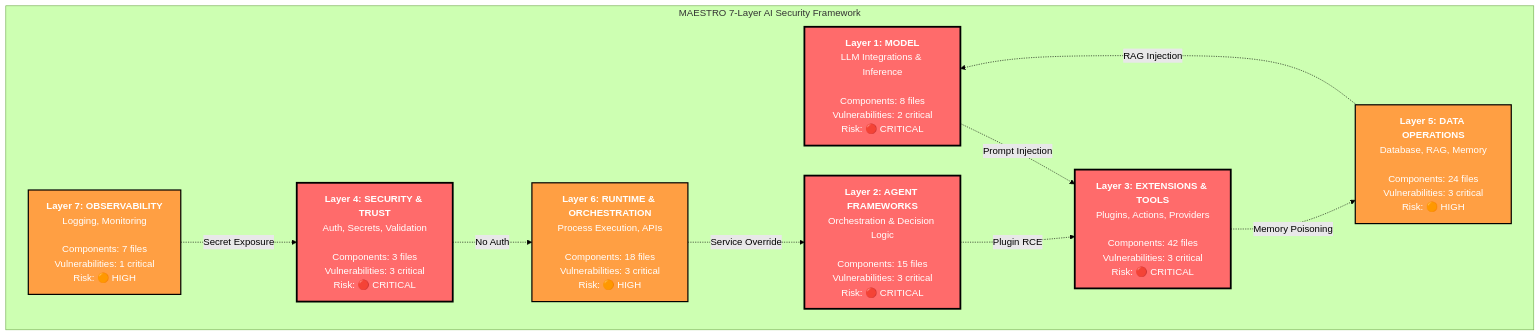
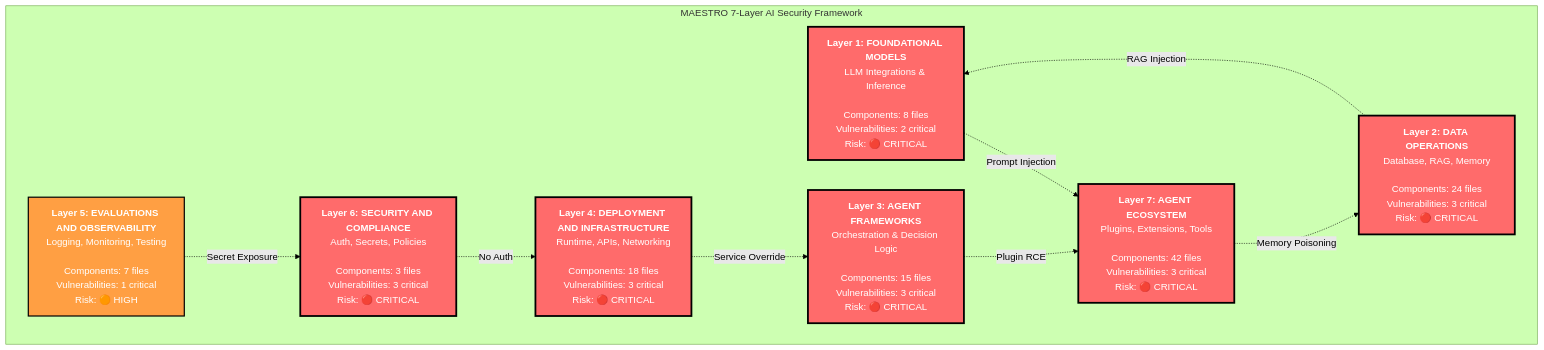
One commit to mondweep/agentic-ai-security-demo-rela8group-ciso-london-summit changed the first of 11 diagrams in presentation/assets/maestro-framework-visual.md. Above: the diagram before and after it, drawn with Mermaid (forest theme). The commit also changed other lines of this file and 16 other files, not shown here.

````diff
--- a/presentation/assets/maestro-framework-visual.md
+++ b/presentation/assets/maestro-framework-visual.md
@@ -12,28 +12,28 @@
 ```mermaid
 graph TD
     subgraph "MAESTRO 7-Layer AI Security Framework"
-        L1["<b>Layer 1: MODEL</b><br/>LLM Integrations & Inference<br/><br/>Components: 8 files<br/>Vulnerabilities: 2 critical<br/>Risk: 🔴 CRITICAL"]
-        L2["<b>Layer 2: AGENT FRAMEWORKS</b><br/>Orchestration & Decision Logic<br/><br/>Components: 15 files<br/>Vulnerabilities: 3 critical<br/>Risk: 🔴 CRITICAL"]
-        L3["<b>Layer 3: EXTENSIONS & TOOLS</b><br/>Plugins, Actions, Providers<br/><br/>Components: 42 files<br/>Vulnerabilities: 3 critical<br/>Risk: 🔴 CRITICAL"]
-        L4["<b>Layer 4: SECURITY & TRUST</b><br/>Auth, Secrets, Validation<br/><br/>Components: 3 files<br/>Vulnerabilities: 3 critical<br/>Risk: 🔴 CRITICAL"]
-        L5["<b>Layer 5: DATA OPERATIONS</b><br/>Database, RAG, Memory<br/><br/>Components: 24 files<br/>Vulnerabilities: 3 critical<br/>Risk: 🟠 HIGH"]
-        L6["<b>Layer 6: RUNTIME & ORCHESTRATION</b><br/>Process Execution, APIs<br/><br/>Components: 18 files<br/>Vulnerabilities: 3 critical<br/>Risk: 🟠 HIGH"]
-        L7["<b>Layer 7: OBSERVABILITY</b><br/>Logging, Monitoring<br/><br/>Components: 7 files<br/>Vulnerabilities: 1 critical<br/>Risk: 🟠 HIGH"]
+        L1["<b>Layer 1: FOUNDATIONAL MODELS</b><br/>LLM Integrations & Inference<br/><br/>Components: 8 files<br/>Vulnerabilities: 2 critical<br/>Risk: 🔴 CRITICAL"]
+        L2["<b>Layer 2: DATA OPERATIONS</b><br/>Database, RAG, Memory<br/><br/>Components: 24 files<br/>Vulnerabilities: 3 critical<br/>Risk: 🔴 CRITICAL"]
+        L3["<b>Layer 3: AGENT FRAMEWORKS</b><br/>Orchestration & Decision Logic<br/><br/>Components: 15 files<br/>Vulnerabilities: 3 critical<br/>Risk: 🔴 CRITICAL"]
+        L4["<b>Layer 4: DEPLOYMENT AND INFRASTRUCTURE</b><br/>Runtime, APIs, Networking<br/><br/>Components: 18 files<br/>Vulnerabilities: 3 critical<br/>Risk: 🔴 CRITICAL"]
+        L5["<b>Layer 5: EVALUATIONS AND OBSERVABILITY</b><br/>Logging, Monitoring, Testing<br/><br/>Components: 7 files<br/>Vulnerabilities: 1 critical<br/>Risk: 🟠 HIGH"]
+        L6["<b>Layer 6: SECURITY AND COMPLIANCE</b><br/>Auth, Secrets, Policies<br/><br/>Components: 3 files<br/>Vulnerabilities: 3 critical<br/>Risk: 🔴 CRITICAL"]
+        L7["<b>Layer 7: AGENT ECOSYSTEM</b><br/>Plugins, Extensions, Tools<br/><br/>Components: 42 files<br/>Vulnerabilities: 3 critical<br/>Risk: 🔴 CRITICAL"]
     end
 
-    L1 -.->|"Prompt Injection"| L3
-    L2 -.->|"Plugin RCE"| L3
-    L3 -.->|"Memory Poisoning"| L5
-    L4 -.->|"No Auth"| L6
-    L5 -.->|"RAG Injection"| L1
-    L6 -.->|"Service Override"| L2
-    L7 -.->|"Secret Exposure"| L4
+    L1 -.->|"Prompt Injection"| L7
+    L3 -.->|"Plugin RCE"| L7
+    L7 -.->|"Memory Poisoning"| L2
+    L6 -.->|"No Auth"| L4
+    L2 -.->|"RAG Injection"| L1
+    L4 -.->|"Service Override"| L3
+    L5 -.->|"Secret Exposure"| L6
 
     style L1 fill:#ff6b6b,stroke:#000,stroke-width:3px,color:#fff
     style L2 fill:#ff6b6b,stroke:#000,stroke-width:3px,color:#fff
     style L3 fill:#ff6b6b,stroke:#000,stroke-width:3px,color:#fff
     style L4 fill:#ff6b6b,stroke:#000,stroke-width:3px,color:#fff
     style L5 fill:#ff9f43,stroke:#000,stroke-width:2px,color:#fff
-    style L6 fill:#ff9f43,stroke:#000,stroke-width:2px,color:#fff
-    style L7 fill:#ff9f43,stroke:#000,stroke-width:2px,color:#fff
+    style L6 fill:#ff6b6b,stroke:#000,stroke-width:3px,color:#fff
+    style L7 fill:#ff6b6b,stroke:#000,stroke-width:3px,color:#fff
 ```
````
